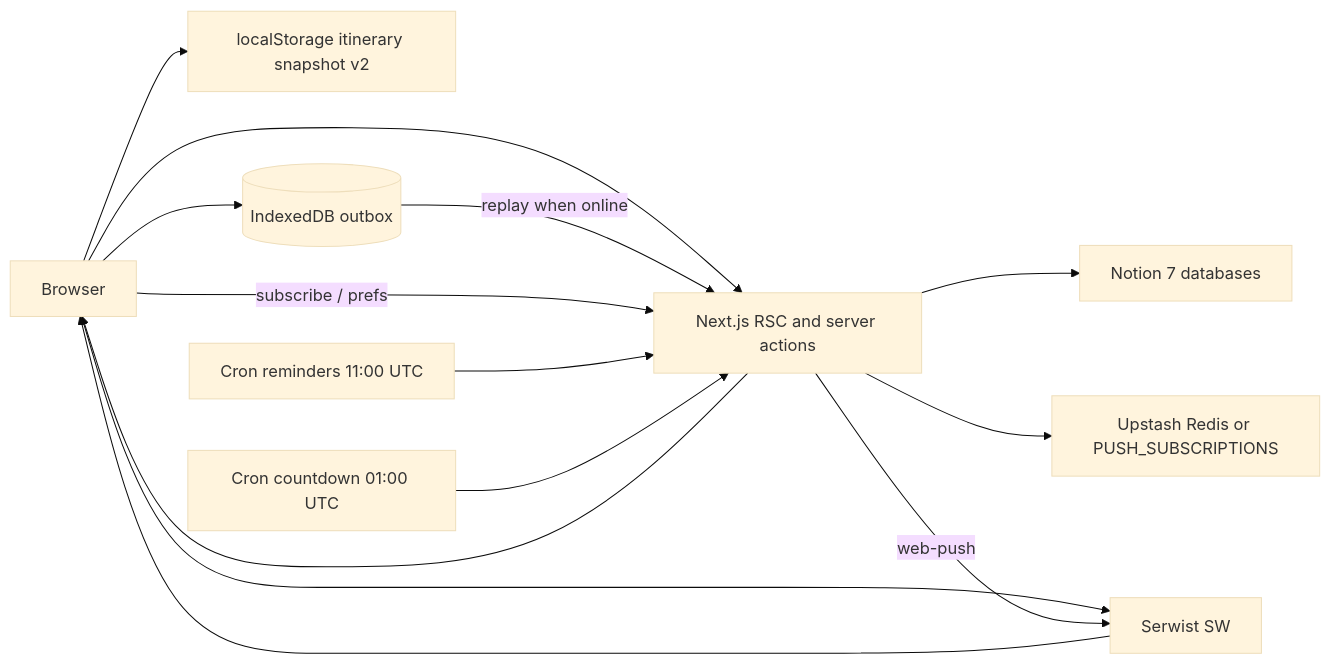
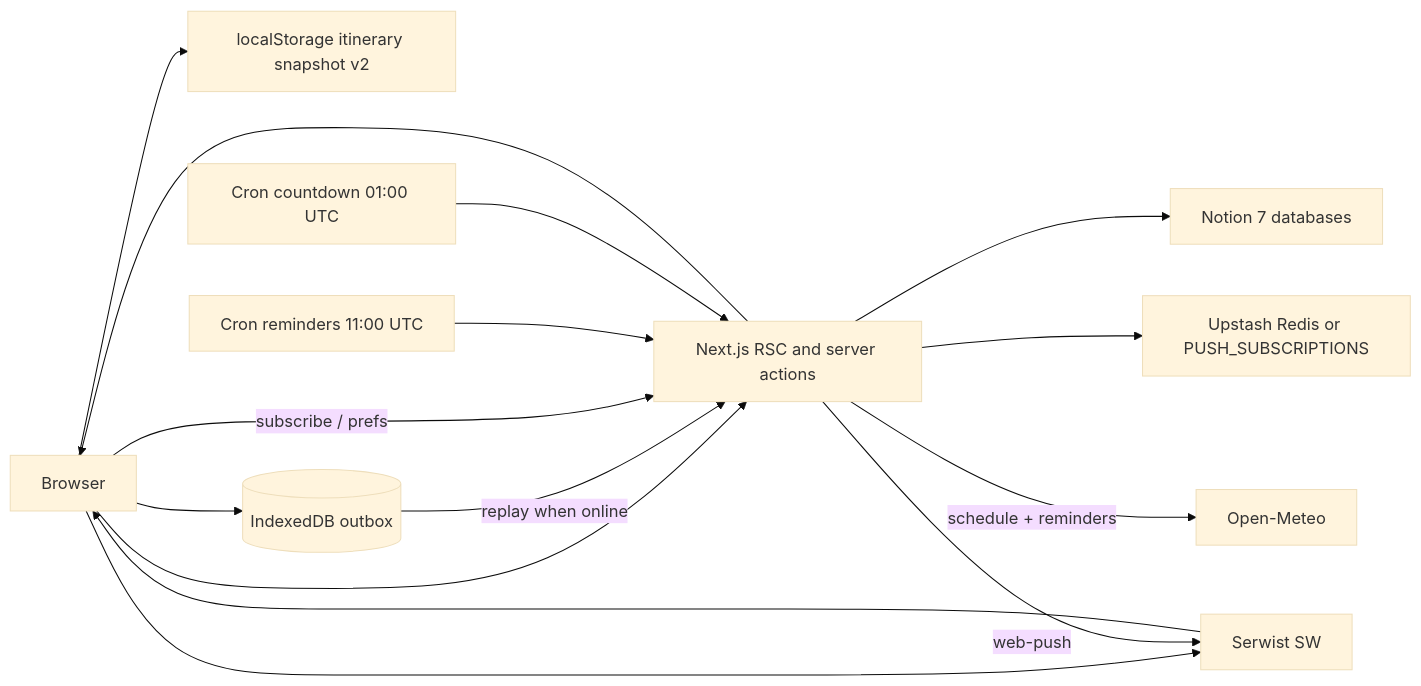
One commit to noowxela/japan-trip changed the diagram in docs/architecture.md. Above: the diagram before and after it, drawn with Mermaid (base theme). The commit also changed other lines of this file and 36 other files, not shown here.

````diff
--- a/docs/architecture.md
+++ b/docs/architecture.md
@@ -29,25 +30,27 @@
 ```mermaid
 flowchart LR
   browser[Browser]
   next[Next.js RSC and server actions]
   notion[Notion 7 databases]
   cache[localStorage itinerary snapshot v2]
   outbox[(IndexedDB outbox)]
   sw[Serwist SW]
   pushStore[Upstash Redis or PUSH_SUBSCRIPTIONS]
   cronReminders[Cron reminders 11:00 UTC]
   cronCountdown[Cron countdown 01:00 UTC]
+  weather[Open-Meteo]
   browser --> next
   next --> notion
   next --> browser
   browser --> cache
   browser --> outbox
   outbox -->|replay when online| next
   browser --> sw
   sw --> browser
   browser -->|subscribe / prefs| next
   next --> pushStore
   cronReminders --> next
   cronCountdown --> next
   next -->|web-push| sw
+  next -->|schedule + reminders| weather
 ```
````
